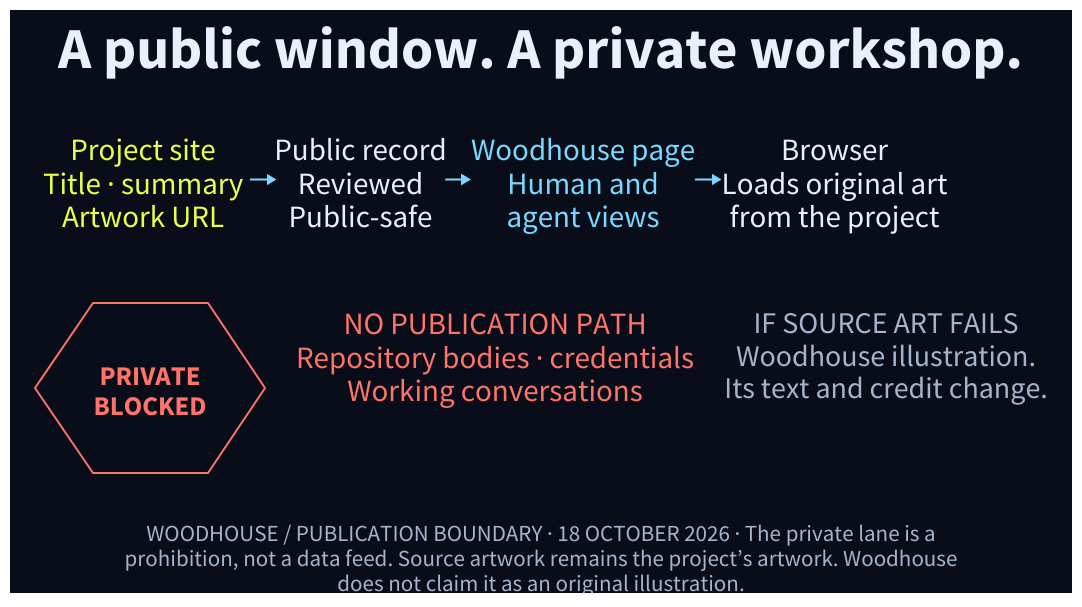
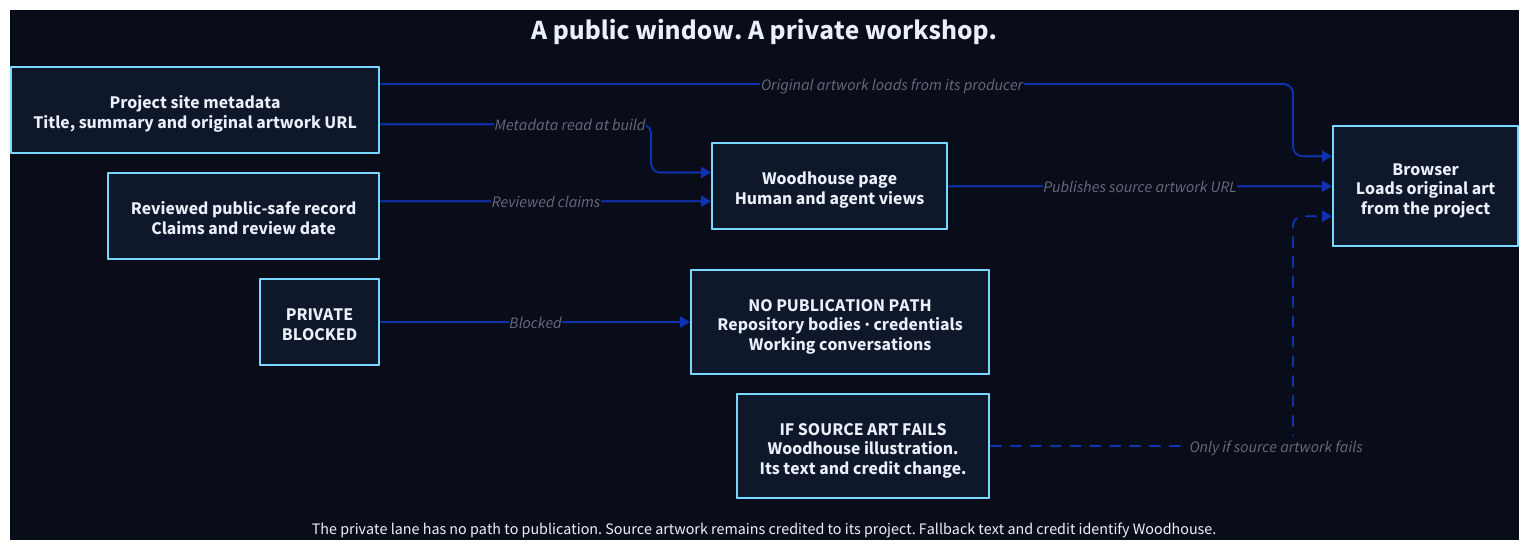
The diagram in diagrams/publication-path.d2 (loftwah/woodhouse-new), drawn with D2 before and after one commit. The commit also changed 203 other files, not shown here.

Commit message:
Replace rejected exports with illustrated technical plates

```diff
--- a/diagrams/publication-path.d2
+++ b/diagrams/publication-path.d2
@@ -1,106 +1,25 @@
-# Woodhouse authored technical plate. Reviewed 18 October 2026.
-# Shape grammar: text = work; circle = responsibility; diamond = decision;
-# labelled stop = evidence boundary; dashed line = return or conditional path.
-# This is a method/relationship, not a claim that every project passed it.
+# Editable Woodhouse system model. Reviewed 18 October 2026.
+# Published illustration and this editable topology are separate artifacts.
+# Retained image master, exact prompts and paired provenance: scripts/assets/technical-plates/publication-path.*
 vars: {d2-config: {layout-engine: elk; theme-id: 0; pad: 16}}
+direction: right
 style.fill: "#080D19"
-direction: right
-grid-columns: 1
-vertical-gap: 22
-
-plate_title: "A public window. A private workshop." {
-  shape: text
-  style.font-color: "#EAF0FA"
-  style.font-size: 58
-  style.fill: "transparent"
-  style.stroke: "#EAF0FA"
-  style.stroke-width: 0
-  style.bold: true
-}
-plate_title.near: top-center
-public: "" {
-  style.fill: transparent
-  style.stroke-width: 0
-  grid-rows: 1
-  grid-columns: 4
-  grid-gap: 26
-site: "Project site\nTitle · summary\nArtwork URL" {
-  shape: text
-  style.font-color: "#E9FF49"
-  style.font-size: 31
-  style.fill: "transparent"
-  style.stroke: "#E9FF49"
-  style.stroke-width: 0
-}
-record: "Public record\nReviewed\nPublic-safe" {
-  shape: text
-  style.font-color: "#EAF0FA"
-  style.font-size: 31
-  style.fill: "transparent"
-  style.stroke: "#EAF0FA"
-  style.stroke-width: 0
-}
-page: "Woodhouse page\nHuman and\nagent views" {
-  shape: text
-  style.font-color: "#79D8FF"
-  style.font-size: 31
-  style.fill: "transparent"
-  style.stroke: "#79D8FF"
-  style.stroke-width: 0
-}
-browser: "Browser\nLoads original art\nfrom the project" {
-  shape: text
-  style.font-color: "#EAF0FA"
-  style.font-size: 31
-  style.fill: "transparent"
-  style.stroke: "#EAF0FA"
-  style.stroke-width: 0
-}
-site -> record: "" {style.stroke: "#79D8FF"; style.stroke-width: 2; style.font-color: "#79D8FF"; style.font-size: 22;}
-record -> page: "" {style.stroke: "#79D8FF"; style.stroke-width: 2; style.font-color: "#79D8FF"; style.font-size: 22;}
-page -> browser: "" {style.stroke: "#79D8FF"; style.stroke-width: 2; style.font-color: "#79D8FF"; style.font-size: 22;}
-}
-boundary: "" {
-  style.fill: transparent
-  style.stroke-width: 0
-  grid-rows: 1
-  grid-columns: 3
-  grid-gap: 25
-private: "PRIVATE\nBLOCKED" {
-  label.near: center-center
-  shape: hexagon
-  style.font-color: "#FF746A"
-  style.font-size: 27
-  style.fill: "transparent"
-  style.stroke: "#FF746A"
-  style.stroke-width: 2
-  width: 230
-  height: 170
-  style.bold: true
-}
-denied: "NO PUBLICATION PATH\nRepository bodies · credentials\nWorking conversations" {
-  shape: text
-  style.font-color: "#FF746A"
-  style.font-size: 31
-  style.fill: "transparent"
-  style.stroke: "#FF746A"
-  style.stroke-width: 0
-}
-fallback: "IF SOURCE ART FAILS\nWoodhouse illustration.\nIts text and credit change." {
-  shape: text
-  style.font-color: "#A6B4CB"
-  style.font-size: 30
-  style.fill: "transparent"
-  style.stroke: "#A6B4CB"
-  style.stroke-width: 0
-}
-}
-plate_note: "WOODHOUSE / PUBLICATION BOUNDARY · 18 OCTOBER 2026 · The private lane is a\nprohibition, not a data feed. Source artwork remains the project’s artwork. Woodhouse\ndoes not claim it as an original illustration." {
-  shape: text
-  style.font-color: "#A6B4CB"
-  style.font-size: 23
-  style.fill: "transparent"
-  style.stroke: "#A6B4CB"
-  style.stroke-width: 0
-}
-plate_note.near: bottom-center
+*.style.fill: "#0F182A"
+*.style.stroke: "#79D8FF"
+*.style.font-color: "#EAF0FA"
+*.style.font-size: 18
+title: "A public window. A private workshop." {shape: text; near: top-center; style.font-size: 28; style.bold: true}
+site: "Project site metadata\nTitle, summary and original artwork URL" {}
+record: "Reviewed public-safe record\nClaims and review date" {}
+page: "Woodhouse page\nHuman and agent views" {}
+browser: "Browser\nLoads original art\nfrom the project" {}
+private: "PRIVATE\nBLOCKED" {}
+denied: "NO PUBLICATION PATH\nRepository bodies · credentials\nWorking conversations" {}
+fallback: "IF SOURCE ART FAILS\nWoodhouse illustration.\nIts text and credit change." {}
+site -> page: "Metadata read at build"
+record -> page: "Reviewed claims"
+page -> browser: "Publishes source artwork URL"
+site -> browser: "Original artwork loads from its producer"
+private -> denied: "Blocked"
+fallback -> browser: "Only if source artwork fails" {style.stroke-dash: 5}
+note: "The private lane has no path to publication. Source artwork remains credited to its project. Fallback text and credit identify Woodhouse." {shape: text; near: bottom-center; style.font-size: 16}
```
